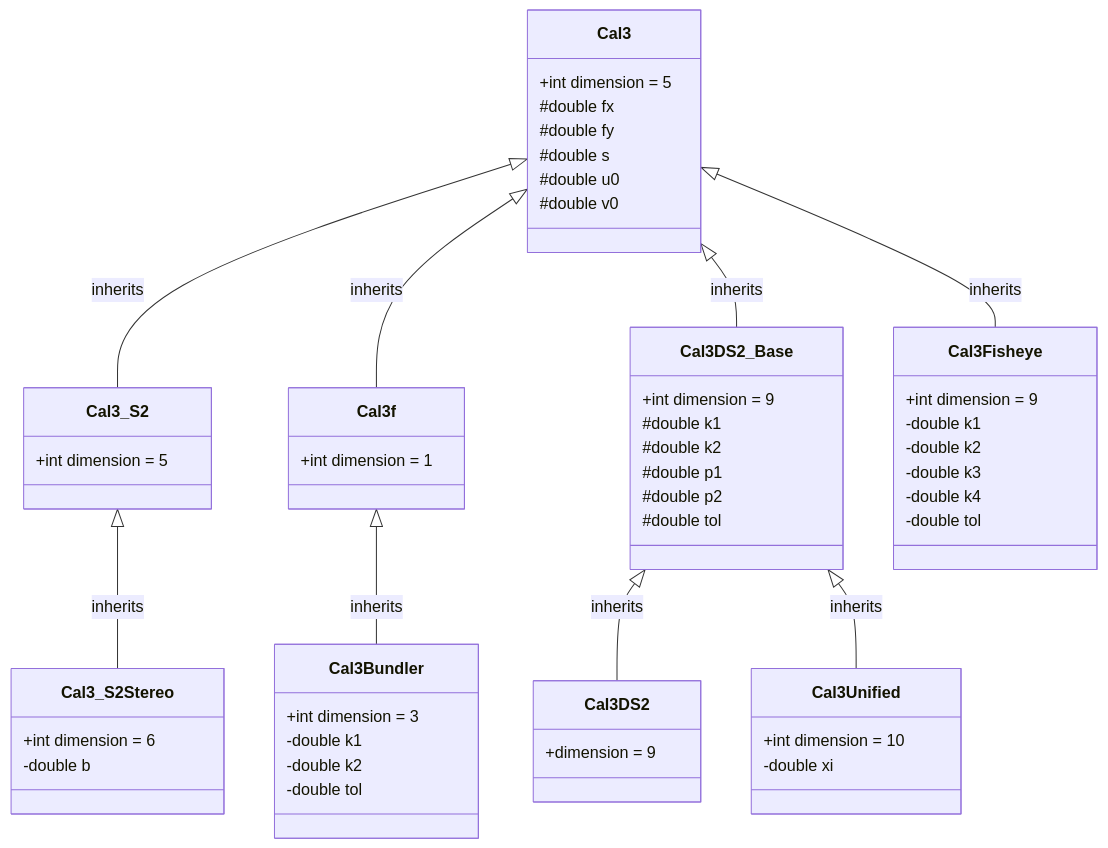
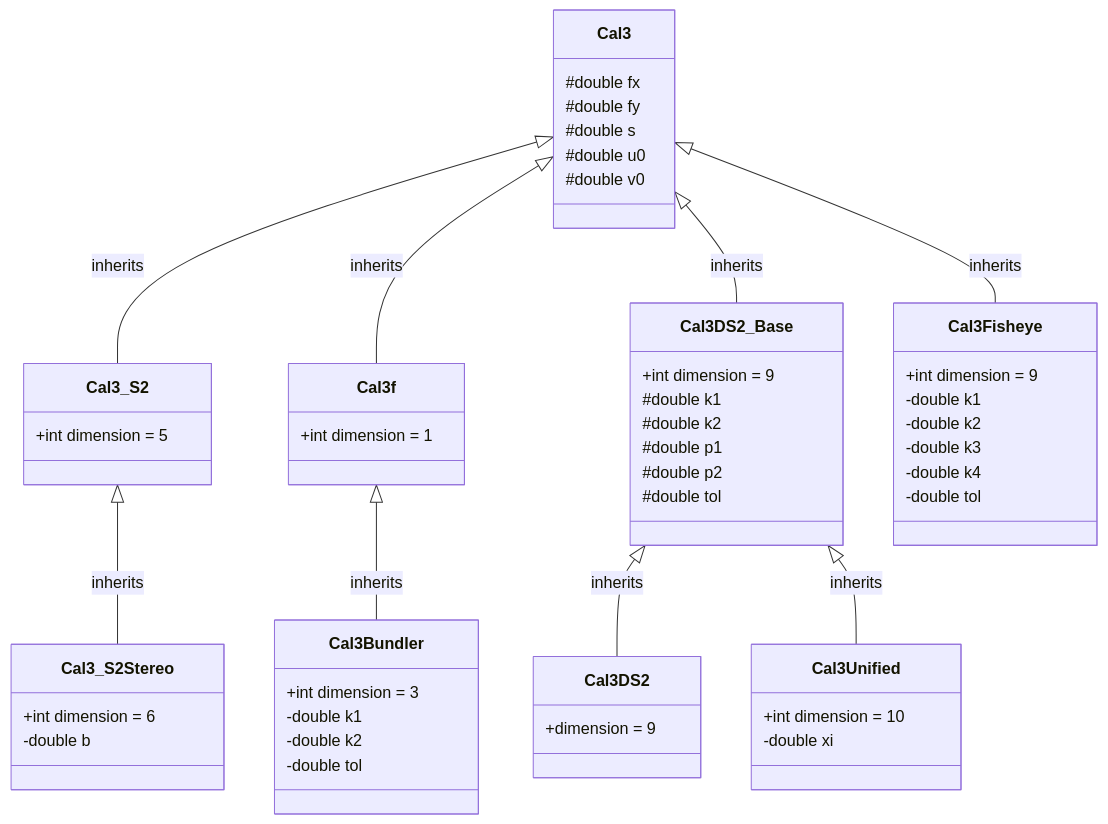
The diagram in gtsam/geometry/geometry.md (CodeXTL/gtsam), drawn with Mermaid before and after one commit.

Commit message:
Removed dimension field from Cal3 in UML diagram

````diff
--- a/gtsam/geometry/geometry.md
+++ b/gtsam/geometry/geometry.md
@@ -20,74 +20,73 @@
 ```mermaid
 classDiagram
 direction TB
 
     class Cal3 {
-        +int dimension = 5
         #double fx
         #double fy
         #double s
         #double u0
         #double v0
     }
 
     class Cal3_S2 {
         +int dimension = 5
     }
 
     class Cal3_S2Stereo {
         +int dimension = 6
         -double b
     }
 
     class Cal3f {
         +int dimension = 1
     }
 
     class Cal3Bundler {
         +int dimension = 3
         -double k1
         -double k2
         -double tol
     }
 
     class Cal3DS2_Base {
         +int dimension = 9
         #double k1
         #double k2
         #double p1
         #double p2
         #double tol
     }
 
     class Cal3DS2 {
         +dimension = 9
     }
 
     class Cal3Unified {
         +int dimension = 10
         -double xi
     }
 
     class Cal3Fisheye {
         +int dimension = 9
         -double k1
         -double k2
         -double k3
         -double k4
         -double tol
     }
 
     
 
     Cal3 <|-- Cal3_S2 : inherits
     Cal3 <|-- Cal3f : inherits
     Cal3 <|-- Cal3DS2_Base : inherits
     Cal3 <|-- Cal3Fisheye : inherits
 
     Cal3f <|-- Cal3Bundler : inherits
     
     Cal3DS2_Base <|-- Cal3DS2 : inherits
     Cal3DS2_Base <|-- Cal3Unified : inherits
 
     Cal3_S2 <|-- Cal3_S2Stereo : inherits
 ```
````
